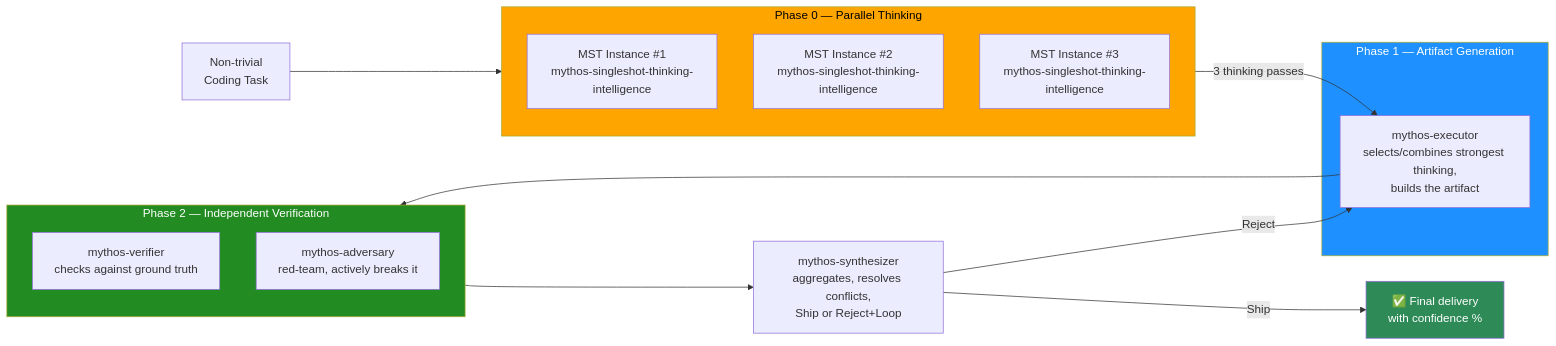
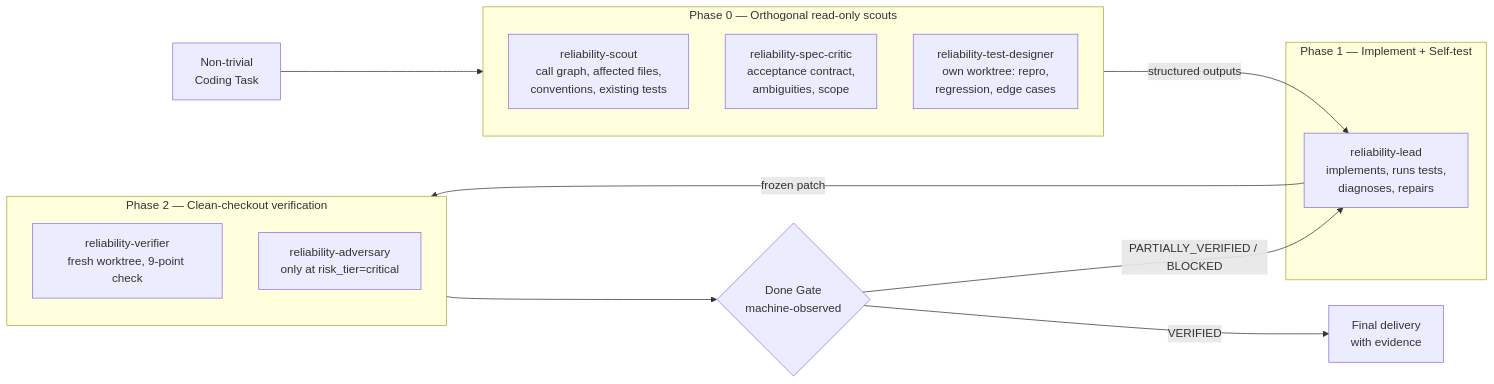
One commit to emco1234/fable-mythos-opencode changed the diagram in README.md. Above: the diagram before and after it, drawn with Mermaid. The commit also changed other lines of this file and 13 other files, not shown here.

````diff
--- a/README.md
+++ b/README.md
@@ -71,35 +77,29 @@
 ```mermaid
 flowchart LR
     T[Non-trivial<br/>Coding Task] --> P0
 
-    subgraph P0[Phase 0 — Parallel Thinking]
+    subgraph P0[Phase 0 — Orthogonal read-only scouts]
         direction TB
-        M1[MST Instance #1<br/>mythos-singleshot-thinking-intelligence]
-        M2[MST Instance #2<br/>mythos-singleshot-thinking-intelligence]
-        M3[MST Instance #3<br/>mythos-singleshot-thinking-intelligence]
+        S1[reliability-scout<br/>call graph, affected files,<br/>conventions, existing tests]
+        S2[reliability-spec-critic<br/>acceptance contract,<br/>ambiguities, scope]
+        S3[reliability-test-designer<br/>own worktree: repro,<br/>regression, edge cases]
     end
 
-    P0 -->|3 thinking passes| EX
+    P0 -->|structured outputs| L
 
-    subgraph P1[Phase 1 — Artifact Generation]
-        EX[mythos-executor<br/>selects/combines strongest thinking,<br/>builds the artifact]
+    subgraph P1[Phase 1 — Implement + Self-test]
+        L[reliability-lead<br/>implements, runs tests,<br/>diagnoses, repairs]
     end
 
-    EX --> P2
+    L -->|frozen patch| V
 
-    subgraph P2[Phase 2 — Independent Verification]
+    subgraph P2[Phase 2 — Clean-checkout verification]
         direction TB
-        V[mythos-verifier<br/>checks against ground truth]
-        A[mythos-adversary<br/>red-team, actively breaks it]
+        V[reliability-verifier<br/>fresh worktree, 9-point check]
+        A[reliability-adversary<br/>only at risk_tier=critical]
     end
 
-    P2 --> SY[mythos-synthesizer<br/>aggregates, resolves conflicts,<br/>Ship or Reject+Loop]
-
-    SY -->|Ship| OUT[✅ Final delivery<br/>with confidence %]
-    SY -->|Reject| EX
-
-    style P0 fill:#FFA500,color:#000
-    style P1 fill:#1E90FF,color:#fff
-    style P2 fill:#228B22,color:#fff
-    style OUT fill:#2E8B57,color:#fff
+    P2 --> G{Done Gate<br/>machine-observed}
+    G -->|VERIFIED| OUT[Final delivery<br/>with evidence]
+    G -->|PARTIALLY_VERIFIED / BLOCKED| L
 ```
````
